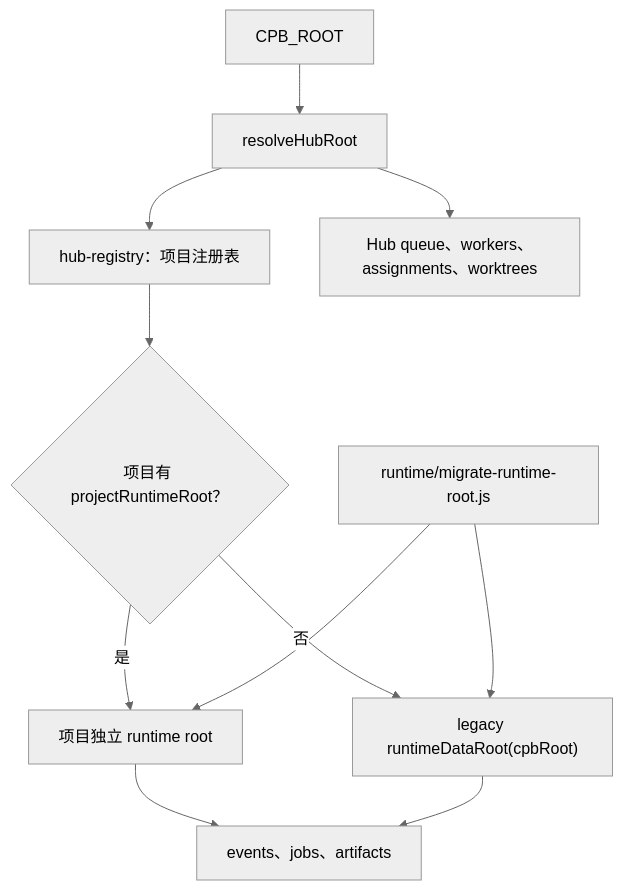
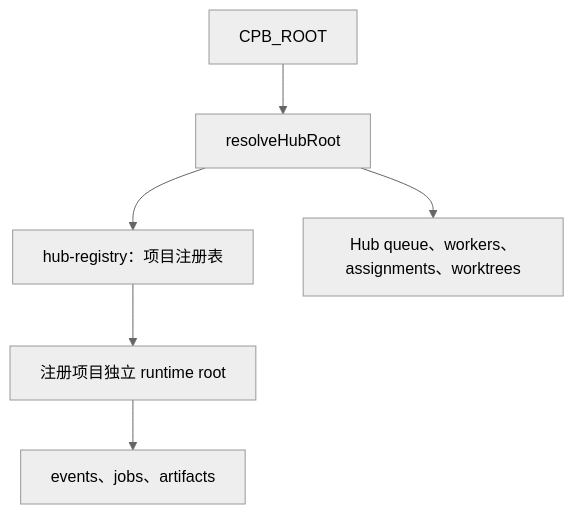
One commit to changw98ic/codepatchbay changed diagram 14 of 17 in docs/architecture/system-dimensional-flows.md. Above: the diagram before and after it, drawn with Mermaid (neutral theme). The commit also changed other lines of this file and 169 other files, not shown here.

Commit message:
Enforce canonical runtime contracts without migration command

````diff
--- a/docs/architecture/system-dimensional-flows.md
+++ b/docs/architecture/system-dimensional-flows.md
@@ -490,13 +490,8 @@
 ```mermaid
 flowchart TD
   CpbRoot["CPB_ROOT"] --> HubRoot["resolveHubRoot"]
   HubRoot --> Registry["hub-registry：项目注册表"]
-  Registry --> ProjectRuntime{"项目有 projectRuntimeRoot？"}
-  ProjectRuntime -->|"是"| DataRoot["项目独立 runtime root"]
-  ProjectRuntime -->|"否"| LegacyRoot["legacy runtimeDataRoot(cpbRoot)"]
+  Registry --> DataRoot["注册项目独立 runtime root"]
   DataRoot --> Events["events、jobs、artifacts"]
-  LegacyRoot --> Events
   HubRoot --> Queue["Hub queue、workers、assignments、worktrees"]
-  Migration["runtime/migrate-runtime-root.js"] --> DataRoot
-  Migration --> LegacyRoot
 ```
````
